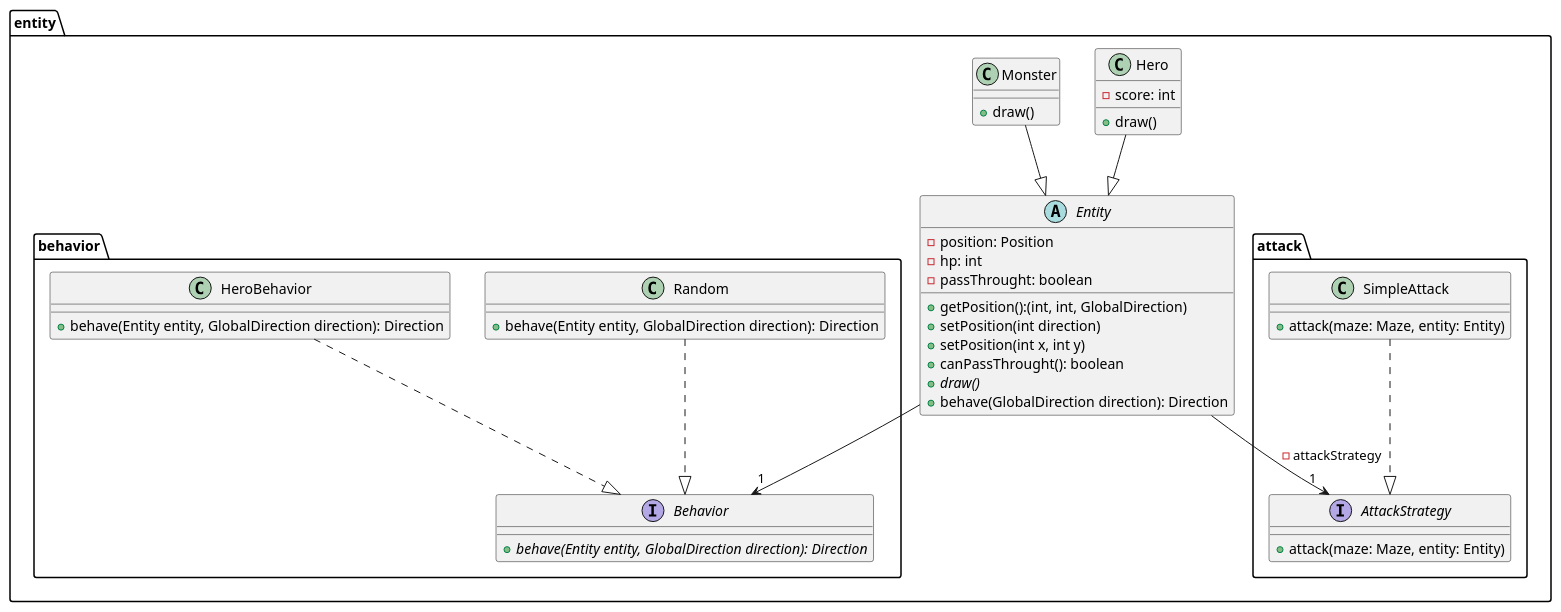
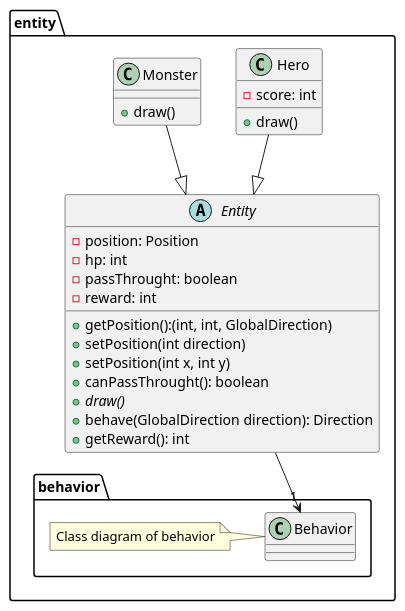
Before and after one commit to Reynault/ACL_2019_Zelpop: the diagram in doc/second_sprint/diagrams/puml/class/character.puml, drawn with PlantUML. The commit also changed 8 other files, not shown here.

Commit message:
second sprint: update diagrams

```diff
--- a/doc/second_sprint/diagrams/puml/class/character.puml
+++ b/doc/second_sprint/diagrams/puml/class/character.puml
@@ -1,68 +1,47 @@
 @startuml
 
 package entity{
 
     abstract Entity{
         - position: Position
         - hp: int
         - passThrought: boolean
+        - reward: int
         + getPosition():(int, int, GlobalDirection)
         + setPosition(int direction)
         + setPosition(int x, int y)
         + canPassThrought(): boolean
         + {abstract} draw()
         + behave(GlobalDirection direction): Direction
+        + getReward(): int
     }
 
     class Hero {
         - score: int
         + draw()
     }
 
     class Monster{
         + draw()
     }
 
     package behavior{
 
-        interface Behavior{
-            + {abstract} behave(Entity entity, GlobalDirection direction): Direction
+        class Behavior{
+
         }
 
-        class Random{
-            + behave(Entity entity, GlobalDirection direction): Direction
-        }
-
-        class HeroBehavior{
-            + behave(Entity entity, GlobalDirection direction): Direction
-        }
+        note left: Class diagram of behavior
 
     }
 
-    package attack{
-
-        interface AttackStrategy{
-            + attack(maze: Maze, entity: Entity)
-        }
-
-        class SimpleAttack{
-            + attack(maze: Maze, entity: Entity)
-        }
-
-    }
 
 }
 
 
 
 Hero --|> Entity
 Monster --|> Entity
 Entity --> "1" Behavior
-HeroBehavior ..|> Behavior
-Random ..|> Behavior
-
-Entity --> "1" AttackStrategy: - attackStrategy
-
-SimpleAttack ..|> AttackStrategy
 
 @enduml
```
